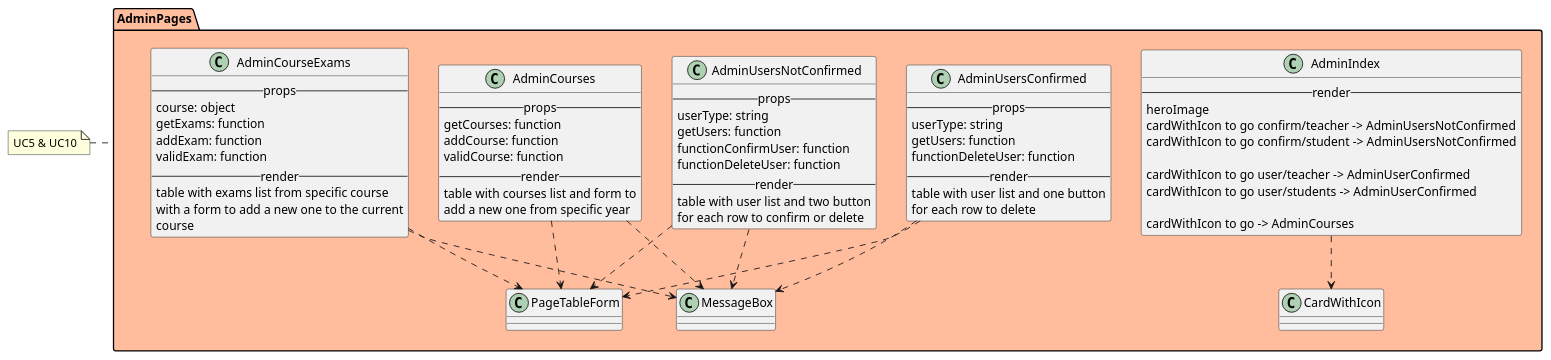
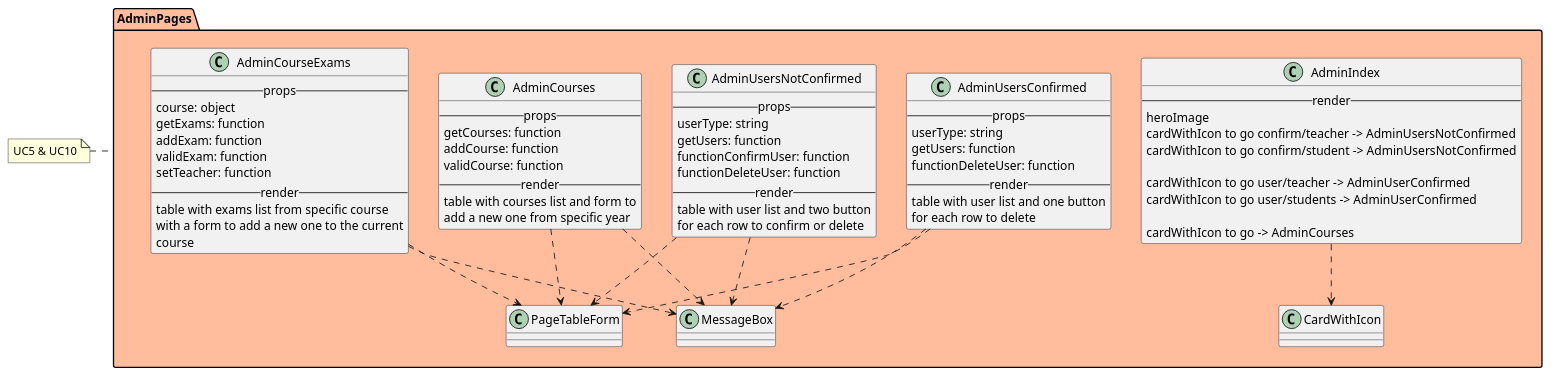
Before and after one commit to M9k/Marvin-Uml: the diagram in react/admin/index.iuml, drawn with PlantUML.

Commit message:
add missing function in AdminCourseExams

```diff
--- a/react/admin/index.iuml
+++ b/react/admin/index.iuml
@@ -1,69 +1,70 @@
 package AdminPages #FFBD9D {
 
 class AdminIndex{
 --render--
     heroImage
     cardWithIcon to go confirm/teacher -> AdminUsersNotConfirmed
     cardWithIcon to go confirm/student -> AdminUsersNotConfirmed
 
     cardWithIcon to go user/teacher -> AdminUserConfirmed
     cardWithIcon to go user/students -> AdminUserConfirmed
 
     cardWithIcon to go -> AdminCourses
 }
 AdminIndex ..> CardWithIcon
 
 class AdminUsersConfirmed{
     --props--
         userType: string
         getUsers: function
         functionDeleteUser: function
     --render--
         table with user list and one button
         for each row to delete
 }
 AdminUsersConfirmed ..> PageTableForm
 AdminUsersConfirmed ..> MessageBox
 
 class AdminUsersNotConfirmed{
     --props--
         userType: string
         getUsers: function
         functionConfirmUser: function
         functionDeleteUser: function
     --render--
         table with user list and two button
         for each row to confirm or delete
 }
 AdminUsersNotConfirmed ..> PageTableForm
 AdminUsersNotConfirmed ..> MessageBox
 
 class AdminCourses{
     --props--
         getCourses: function
         addCourse: function
         validCourse: function
     --render--
         table with courses list and form to
         add a new one from specific year
 }
 AdminCourses ..> PageTableForm
 AdminCourses ..> MessageBox
 
 class AdminCourseExams{
     --props--
         course: object
         getExams: function
         addExam: function
         validExam: function
+        setTeacher: function
     --render--
         table with exams list from specific course
         with a form to add a new one to the current
         course
 }
 AdminCourseExams ..> PageTableForm
 AdminCourseExams ..> MessageBox
 
 }
 
 note left of AdminPages: UC5 & UC10
```
